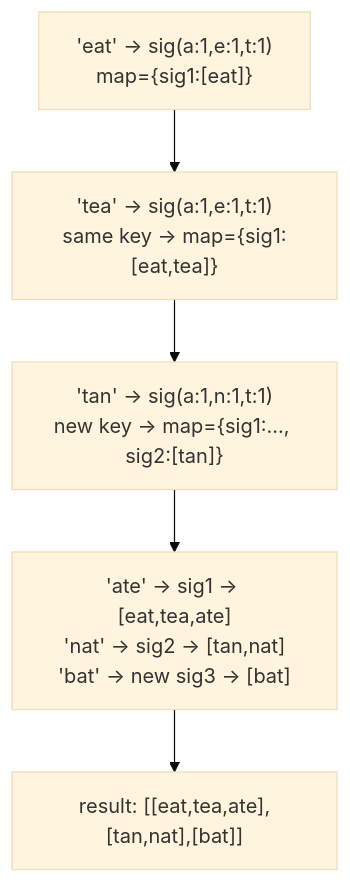
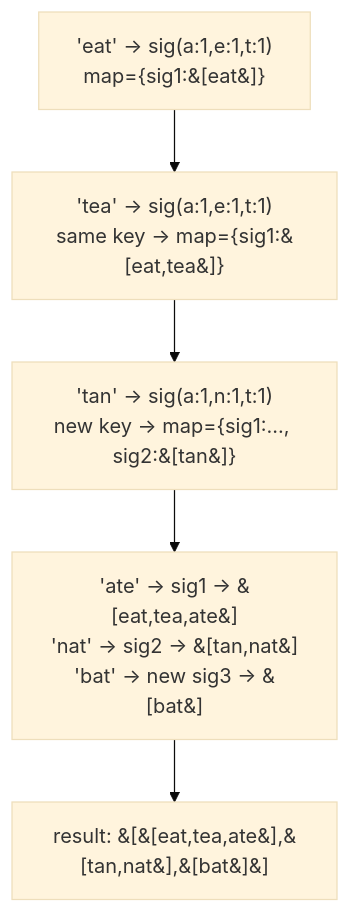
The diagram in topics/01-arrays-hashing/04-group-anagrams/README.md (Aryan-Jadon18/dsa-placement-prep), drawn with Mermaid (base theme) before and after one commit. The commit also changed 52 other files, not shown here.

First line of the commit message:
Fix Mermaid diagrams not rendering on GitHub

````diff
--- a/topics/01-arrays-hashing/04-group-anagrams/README.md
+++ b/topics/01-arrays-hashing/04-group-anagrams/README.md
@@ -43,7 +43,7 @@
 ```mermaid
 flowchart TD
-    A["'eat' → sig(a:1,e:1,t:1)<br/>map={sig1:[eat]}"] --> B["'tea' → sig(a:1,e:1,t:1)<br/>same key → map={sig1:[eat,tea]}"]
-    B --> C["'tan' → sig(a:1,n:1,t:1)<br/>new key → map={sig1:..., sig2:[tan]}"]
-    C --> D["'ate' → sig1 → [eat,tea,ate]<br/>'nat' → sig2 → [tan,nat]<br/>'bat' → new sig3 → [bat]"]
-    D --> E["result: [[eat,tea,ate],[tan,nat],[bat]]"]
+    A["'eat' → sig(a:1,e:1,t:1)<br/>map={sig1:&#91;eat&#93;}"] --> B["'tea' → sig(a:1,e:1,t:1)<br/>same key → map={sig1:&#91;eat,tea&#93;}"]
+    B --> C["'tan' → sig(a:1,n:1,t:1)<br/>new key → map={sig1:..., sig2:&#91;tan&#93;}"]
+    C --> D["'ate' → sig1 → &#91;eat,tea,ate&#93;<br/>'nat' → sig2 → &#91;tan,nat&#93;<br/>'bat' → new sig3 → &#91;bat&#93;"]
+    D --> E["result: &#91;&#91;eat,tea,ate&#93;,&#91;tan,nat&#93;,&#91;bat&#93;&#93;"]
 ```
````
